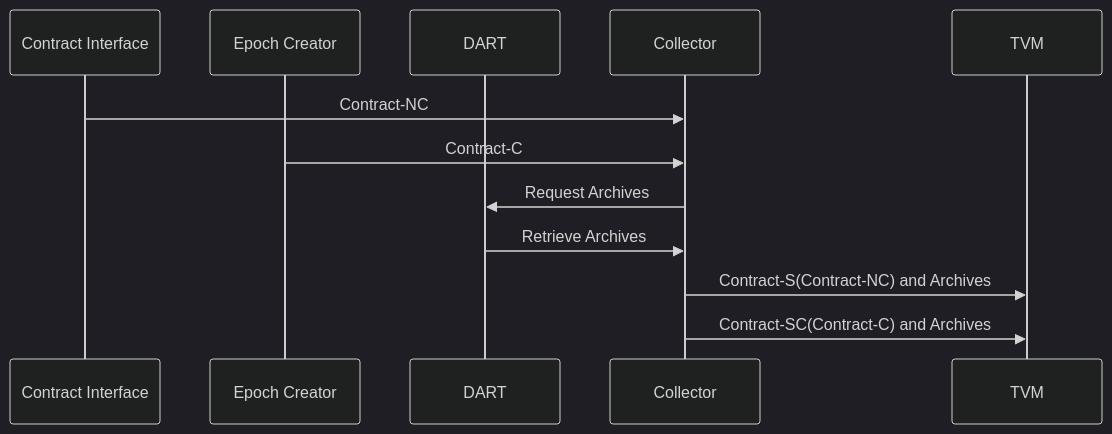
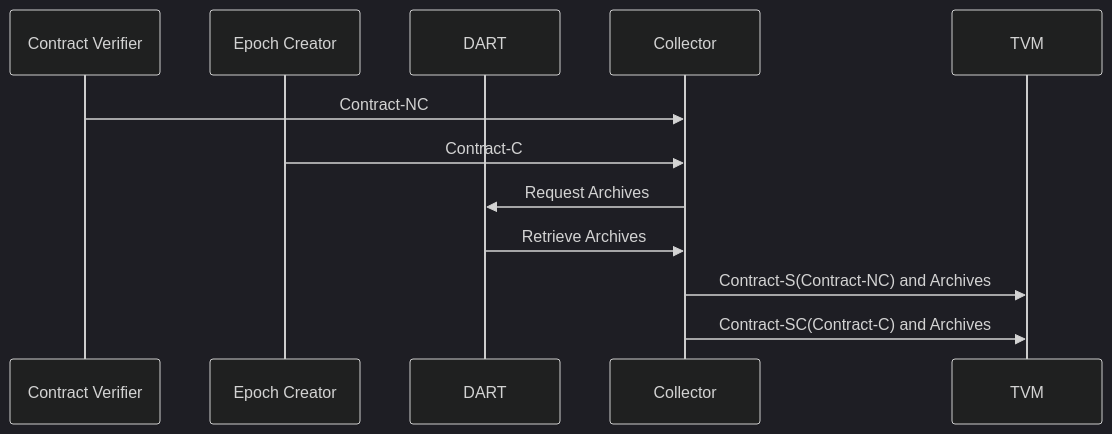
One commit to tagion/tagion changed the diagram in documents/architecture/Collector.md. Above: the diagram before and after it, drawn with Mermaid (dark theme). The commit also changed 4 other files, not shown here.

Commit message:
DOC: Architecture

````diff
--- a/documents/architecture/Collector.md
+++ b/documents/architecture/Collector.md
@@ -26,15 +26,15 @@
 ```mermaid
 sequenceDiagram
-    participant Contract Interface
+    participant Contract Verifier 
     participant Epoch Creator
     participant DART 
     participant Collector
     participant TVM 
-    Contract Interface->>Collector: Contract-NC 
+    Contract Verifier->>Collector: Contract-NC 
     Epoch Creator->>Collector: Contract-C
     Collector->>DART: Request Archives
     DART->>Collector: Retrieve Archives
     Collector->>TVM: Contract-S(Contract-NC) and Archives
     Collector->>TVM: Contract-SC(Contract-C) and Archives
 
 ```
````
